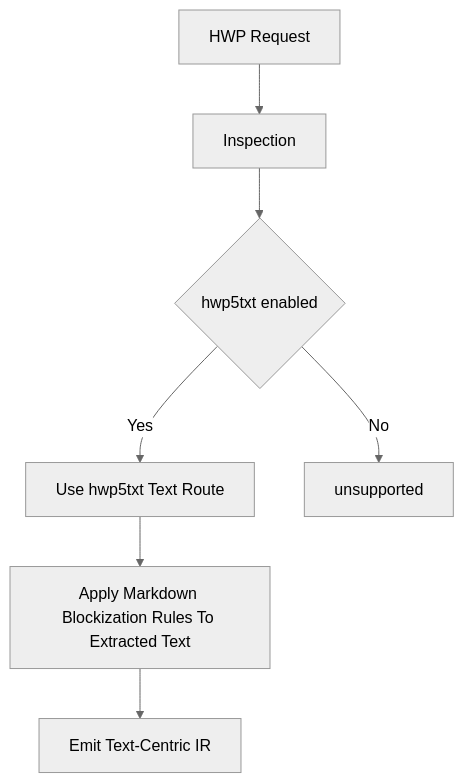
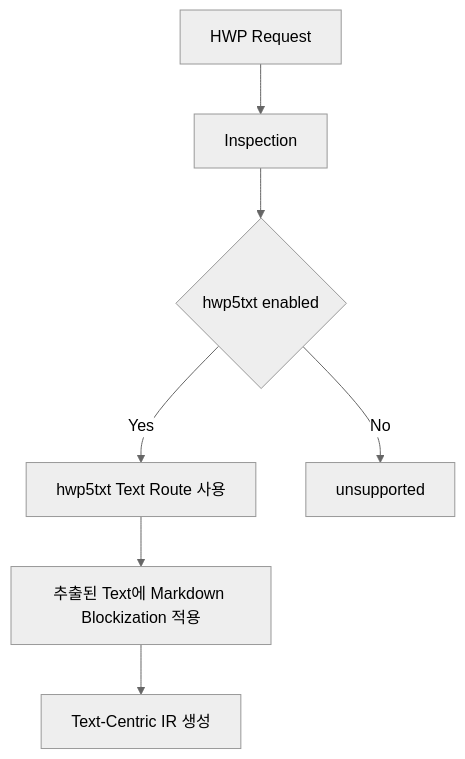
One commit to CapBarnacle/MarkBridge changed the seventh of 7 diagrams in docs/30-confluence-parsing-guide.md. Above: the diagram before and after it, drawn with Mermaid (neutral theme). The commit also changed other lines of this file and 1 other file, not shown here.

````diff
--- a/docs/30-confluence-parsing-guide.md
+++ b/docs/30-confluence-parsing-guide.md
@@ -294,9 +294,9 @@
 ```mermaid
 flowchart TD
     A[HWP Request] --> B[Inspection]
     B --> C{hwp5txt enabled}
-    C -->|Yes| D[Use hwp5txt Text Route]
+    C -->|Yes| D[hwp5txt Text Route 사용]
     C -->|No| E[unsupported]
-    D --> F[Apply Markdown Blockization Rules To Extracted Text]
-    F --> G[Emit Text-Centric IR]
+    D --> F[추출된 Text에 Markdown Blockization 적용]
+    F --> G[Text-Centric IR 생성]
 ```
````
